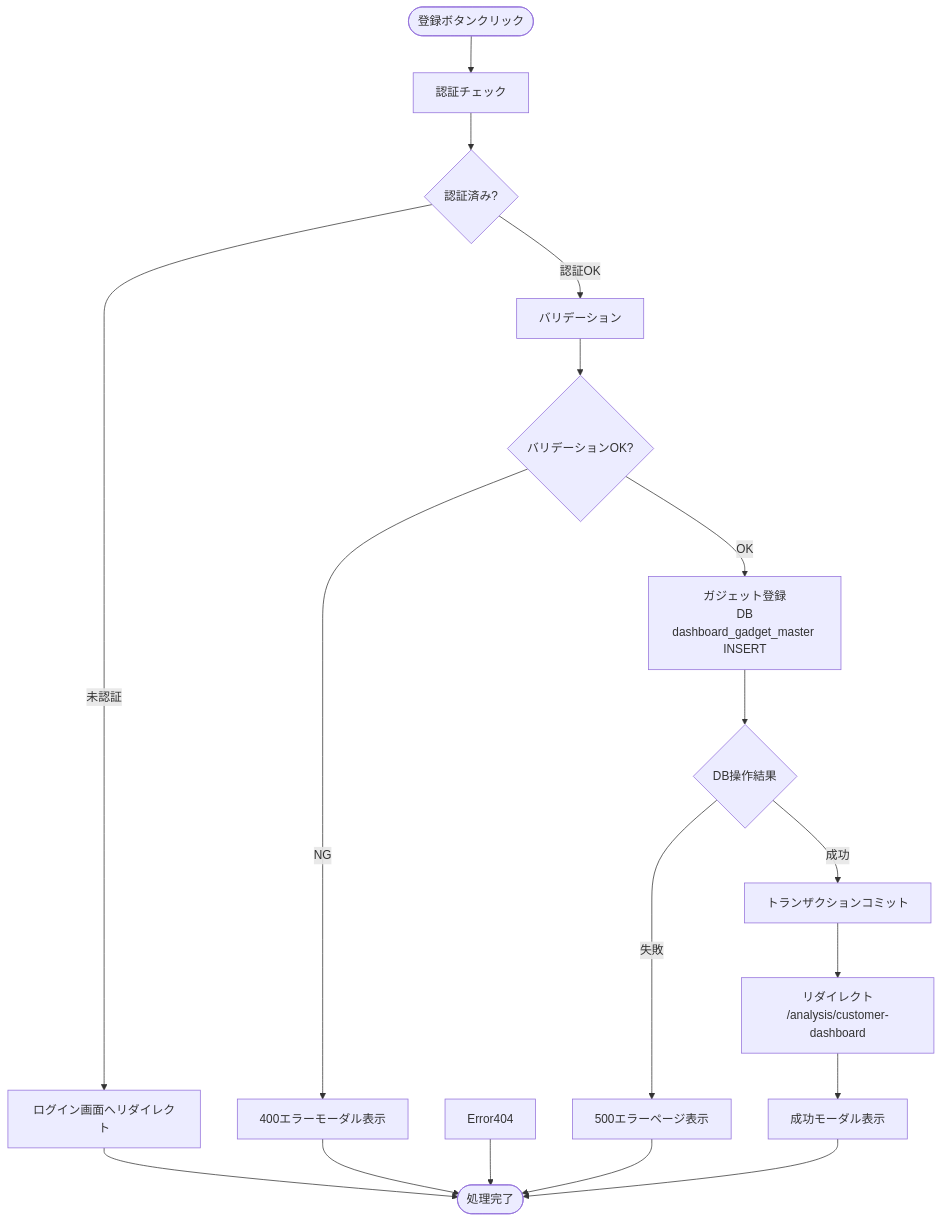
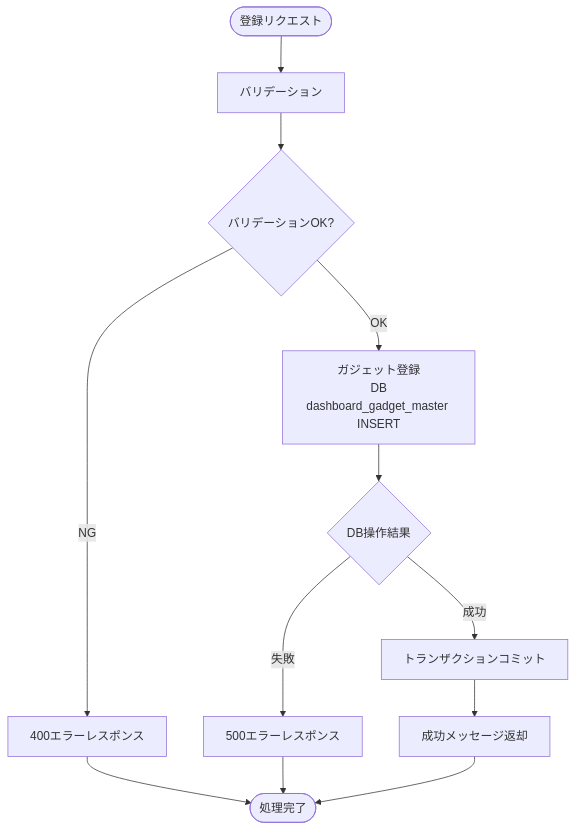
The fourth of 5 diagrams in docs/03-features/flask-app/customer-dashboard/grid/workflow-specification.md (NSW-SVCP-AIWG002/Databricks-IoT), drawn with Mermaid before and after one commit. The commit also changed other lines of this file and 3 other files, not shown here.

````diff
--- a/docs/03-features/flask-app/customer-dashboard/grid/workflow-specification.md
+++ b/docs/03-features/flask-app/customer-dashboard/grid/workflow-specification.md
@@ -723,24 +724,18 @@
 ```mermaid
 flowchart TD
-    Start([登録ボタンクリック]) --> Auth[認証チェック]
-    Auth --> CheckAuth{認証済み?}
-    CheckAuth -->|未認証| LoginRedirect[ログイン画面へリダイレクト]
-    CheckAuth -->|認証OK| Validate[バリデーション]
+    Start([登録リクエスト]) --> Validate[バリデーション]
 
     Validate --> CheckValidate{バリデーションOK?}
-    CheckValidate -->|NG| Error400[400エラーモーダル表示]
+    CheckValidate -->|NG| Error400[400エラーレスポンス]
     CheckValidate -->|OK| Insert[ガジェット登録<br> DB dashboard_gadget_master INSERT]
 
     Insert --> CheckInsert{DB操作結果}
-    CheckInsert -->|失敗| Error500[500エラーページ表示]
+    CheckInsert -->|失敗| Error500[500エラーレスポンス]
     CheckInsert -->|成功| Commit[トランザクションコミット]
 
-    Commit --> Redirect[リダイレクト<br>/analysis/customer-dashboard]
-    Redirect --> 200OK[成功モーダル表示]
+    Commit --> 200OK[成功メッセージ返却]
 
-    LoginRedirect --> End([処理完了])
-    Error400 --> End
-    Error404 --> End
+    Error400 --> End([処理完了])
     Error500 --> End
     200OK --> End
 ```
````
